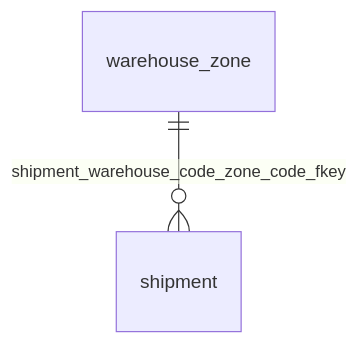
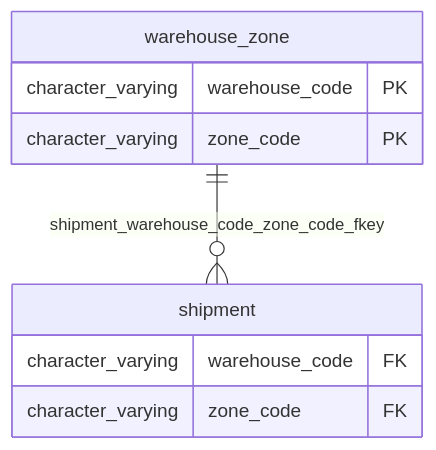
The diagram in docs/sample/postgres/output/testdb/viewpoint_testdb_logistics.md (ebichan88/exportTableDefinition), drawn with Mermaid before and after one commit. The commit also changed other lines of this file and 66 other files, not shown here.

First line of the commit message:
Show logical table names and relation columns in ER diagram boxes

````diff
--- a/docs/sample/postgres/output/testdb/viewpoint_testdb_logistics.md
+++ b/docs/sample/postgres/output/testdb/viewpoint_testdb_logistics.md
@@ -11,6 +11,14 @@
 ```mermaid
 erDiagram
     sample_shipment["shipment"]
     sample_warehouse_zone["warehouse_zone"]
     sample_warehouse_zone ||--o{ sample_shipment : "shipment_warehouse_code_zone_code_fkey"
+    sample_shipment {
+        character_varying warehouse_code FK
+        character_varying zone_code FK
+    }
+    sample_warehouse_zone {
+        character_varying warehouse_code PK
+        character_varying zone_code PK
+    }
 ```
````
